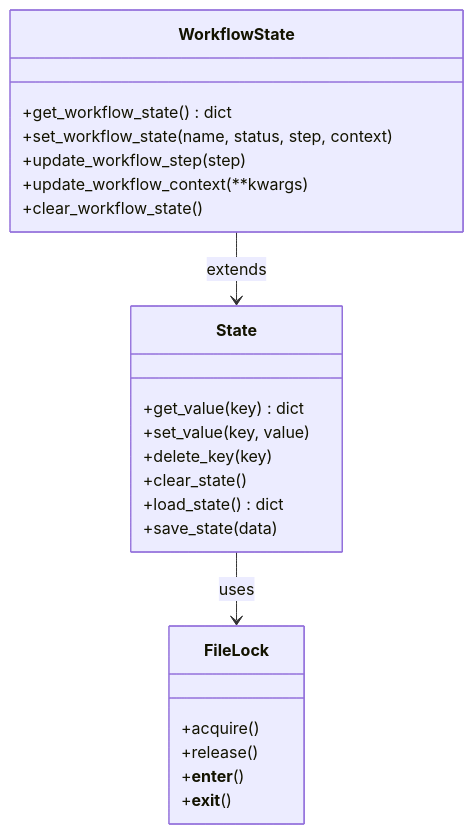
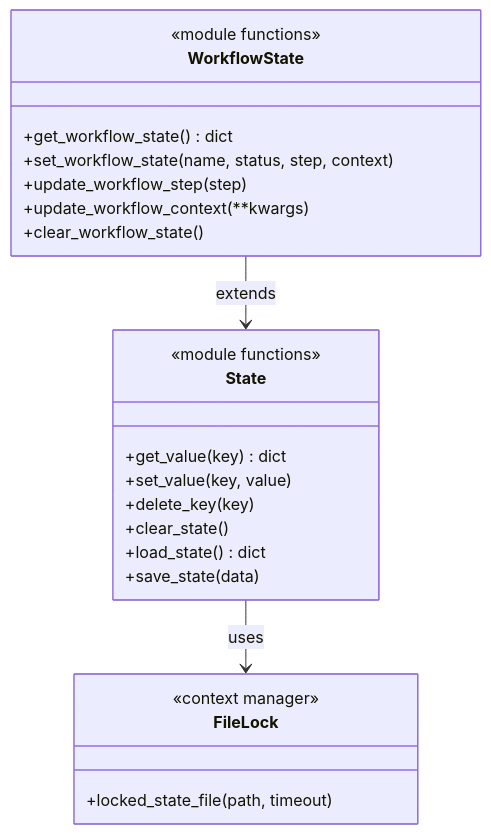
The third of 12 diagrams in docs/05-building-blocks.md (ayaiayorg/agentic-devtools), drawn with Mermaid before and after one commit. The commit also changed other lines of this file and 5 other files, not shown here.

First line of the commit message:
docs: fix command names, task IDs, class diagrams, and remove AZURE_SUBSCRIPTION_ID

````diff
--- a/docs/05-building-blocks.md
+++ b/docs/05-building-blocks.md
@@ -71,29 +73,29 @@
 ```mermaid
 classDiagram
     class State {
+        <<module functions>>
         +get_value(key) dict
         +set_value(key, value)
         +delete_key(key)
         +clear_state()
         +load_state() dict
         +save_state(data)
     }
     
     class FileLock {
-        +acquire()
-        +release()
-        +__enter__()
-        +__exit__()
+        <<context manager>>
+        +locked_state_file(path, timeout)
     }
     
     class WorkflowState {
+        <<module functions>>
         +get_workflow_state() dict
         +set_workflow_state(name, status, step, context)
         +update_workflow_step(step)
         +update_workflow_context(**kwargs)
         +clear_workflow_state()
     }
     
     State --> FileLock : uses
     WorkflowState --> State : extends
 ```
````
